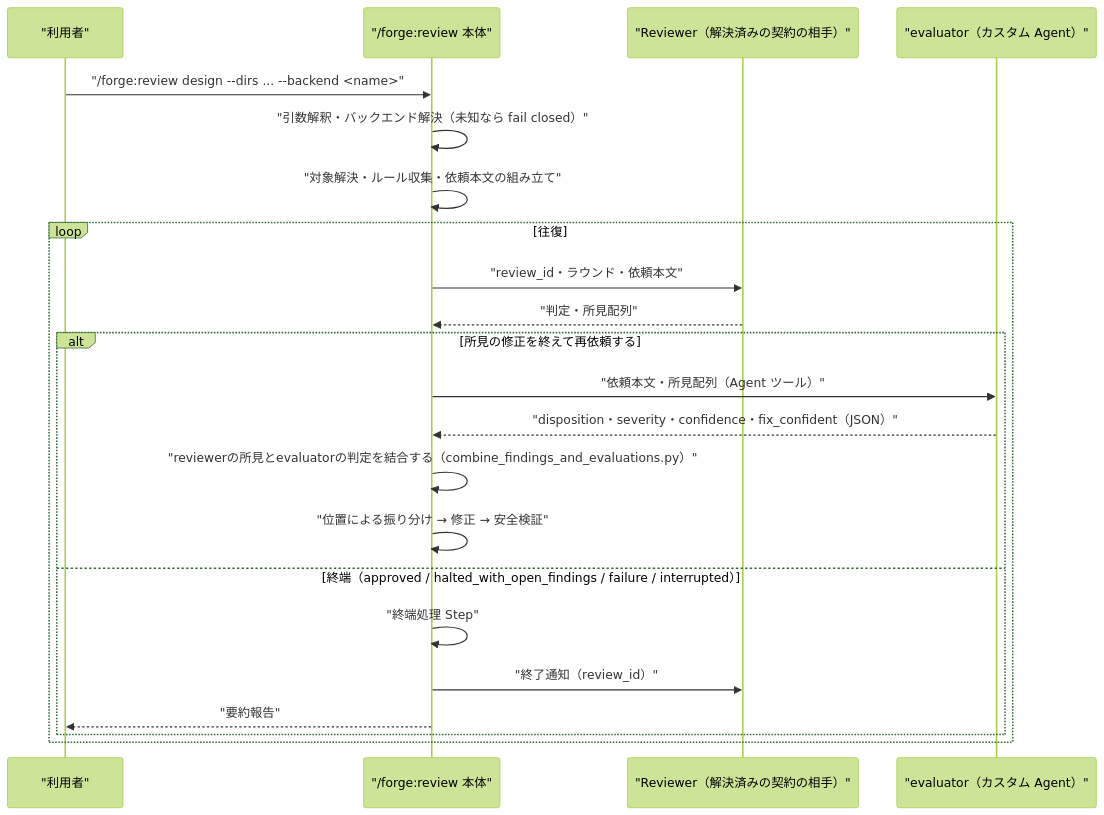
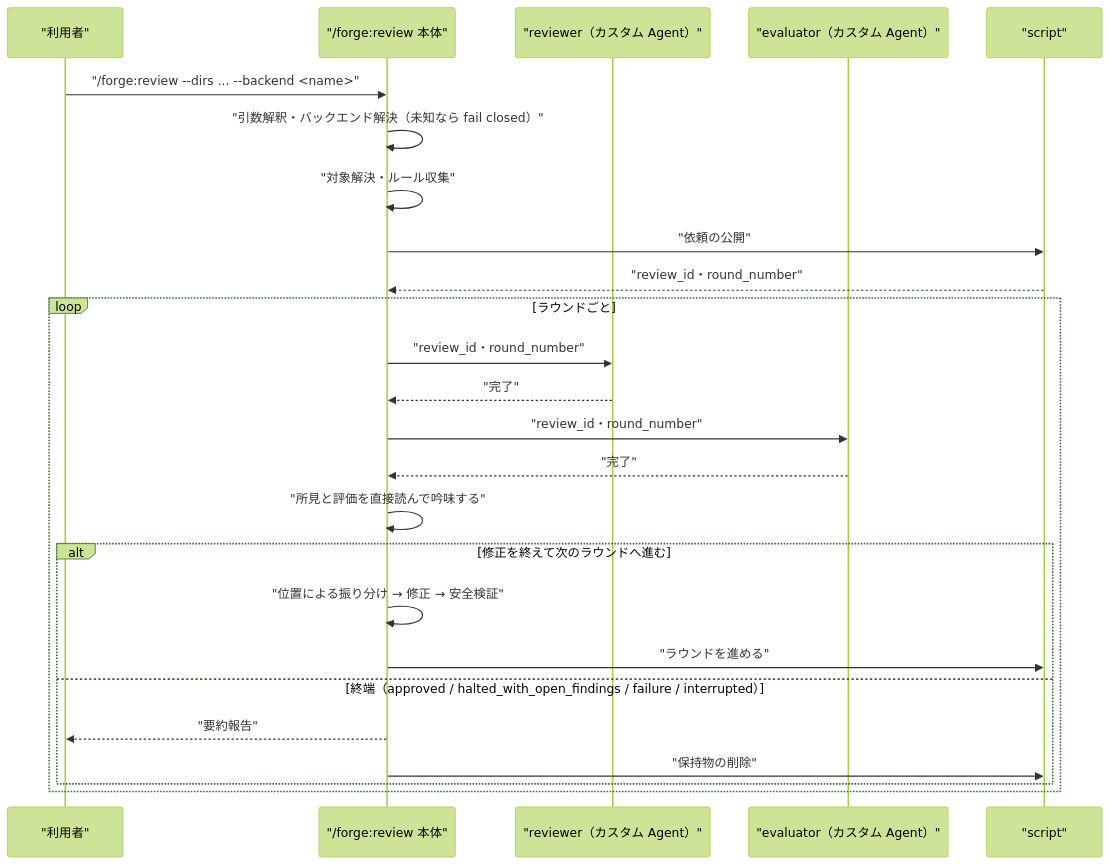
Before and after one commit to BlueEventHorizon/bw-cc-plugins: the second of 2 diagrams in docs/specs/forge/design/DES-066_review_body_design.md, drawn with Mermaid (forest theme). The commit also changed other lines of this file and 26 other files, not shown here.

First line of the commit message:
feat(forge): review 周辺の仕様・SKILL・doc-structure を現行に合わせ、旧仕様を merge する

````diff
--- a/docs/specs/forge/design/DES-066_review_body_design.md
+++ b/docs/specs/forge/design/DES-066_review_body_design.md
@@ -323,25 +338,28 @@
 ```mermaid
 sequenceDiagram
     participant U as "利用者"
     participant B as "/forge:review 本体"
-    participant R as "Reviewer（解決済みの契約の相手）"
+    participant R as "reviewer（カスタム Agent）"
     participant E as "evaluator（カスタム Agent）"
+    participant S as "script"
 
-    U->>B: "/forge:review design --dirs ... --backend <name>"
+    U->>B: "/forge:review --dirs ... --backend <name>"
     B->>B: "引数解釈・バックエンド解決（未知なら fail closed）"
-    B->>B: "対象解決・ルール収集・依頼本文の組み立て"
-    loop 往復
-        B->>R: "review_id・ラウンド・依頼本文"
-        R-->>B: "判定・所見配列"
-        alt 所見の修正を終えて再依頼する
-            B->>E: "依頼本文・所見配列（Agent ツール）"
-            E-->>B: "disposition・severity・confidence・fix_confident（JSON）"
-            B->>B: "reviewerの所見とevaluatorの判定を結合する（combine_findings_and_evaluations.py）"
+    B->>B: "対象解決・ルール収集"
+    B->>S: "依頼の公開"
+    S-->>B: "review_id・round_number"
+    loop ラウンドごと
+        B->>R: "review_id・round_number"
+        R-->>B: "完了"
+        B->>E: "review_id・round_number"
+        E-->>B: "完了"
+        B->>B: "所見と評価を直接読んで吟味する"
+        alt 修正を終えて次のラウンドへ進む
             B->>B: "位置による振り分け → 修正 → 安全検証"
+            B->>S: "ラウンドを進める"
         else 終端（approved / halted_with_open_findings / failure / interrupted）
-            B->>B: "終端処理 Step"
-            B->>R: "終了通知（review_id）"
             B-->>U: "要約報告"
+            B->>S: "保持物の削除"
         end
     end
 ```
````
